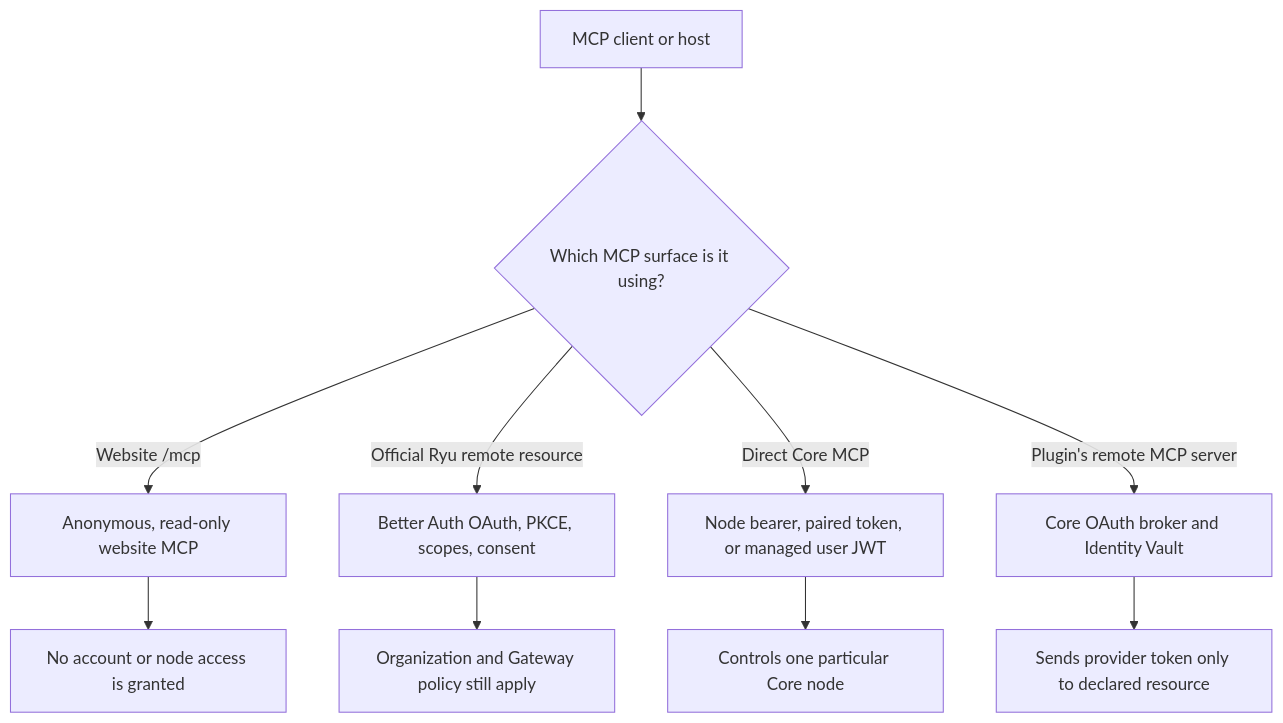
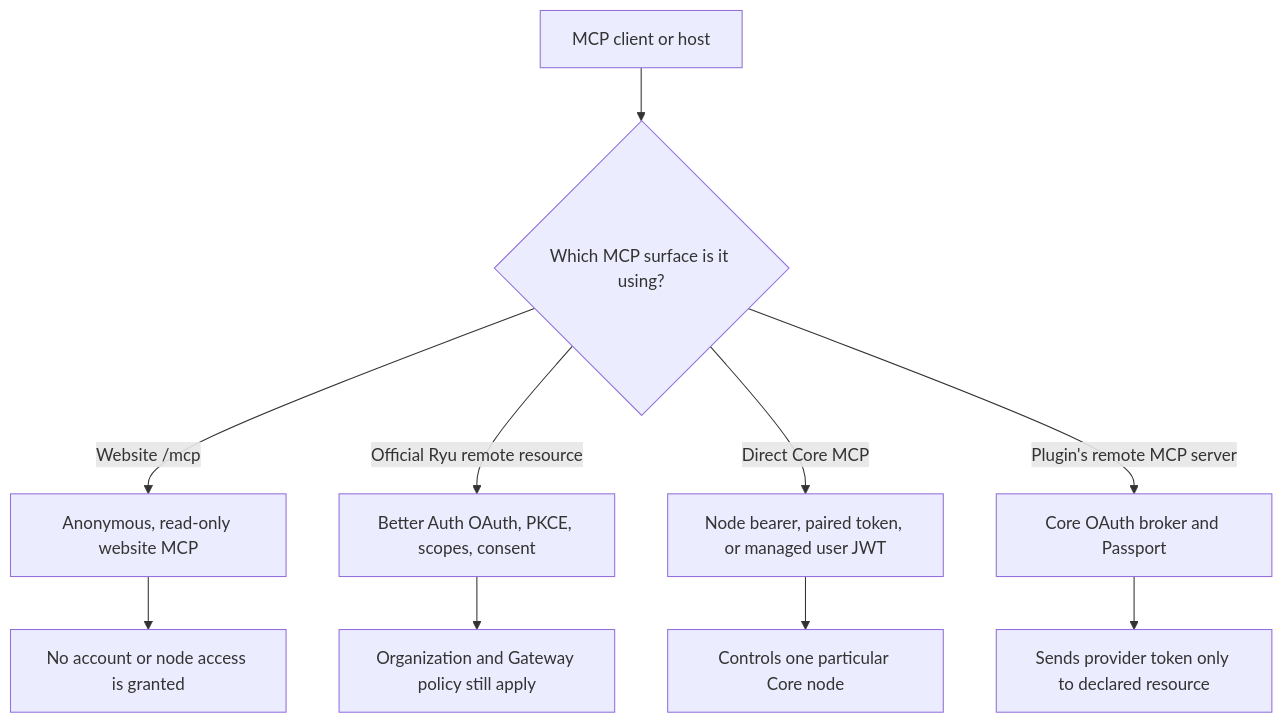
Before and after one commit to amajorai/ryu-docs: the first of 3 diagrams in content/docs/security/authentication-mcp.mdx, drawn with Mermaid. The commit also changed other lines of this file and 910 other files, not shown here.

````diff
--- a/content/docs/security/authentication-mcp.mdx
+++ b/content/docs/security/authentication-mcp.mdx
@@ -12,12 +12,12 @@
 ```mermaid
 flowchart TD
   MCPClient["MCP client or host"] --> Surface{"Which MCP surface is it using?"}
   Surface -->|"Website /mcp"| Public["Anonymous, read-only website MCP"]
   Surface -->|"Official Ryu remote resource"| Official["Better Auth OAuth, PKCE, scopes, consent"]
   Surface -->|"Direct Core MCP"| Local["Node bearer, paired token, or managed user JWT"]
-  Surface -->|"Plugin's remote MCP server"| Plugin["Core OAuth broker and Identity Vault"]
+  Surface -->|"Plugin's remote MCP server"| Plugin["Core OAuth broker and Passport"]
   Public --> NoAccount["No account or node access is granted"]
   Official --> OrgPolicy["Organization and Gateway policy still apply"]
   Local --> NodePolicy["Controls one particular Core node"]
   Plugin --> ProviderPolicy["Sends provider token only to declared resource"]
 ```
````
